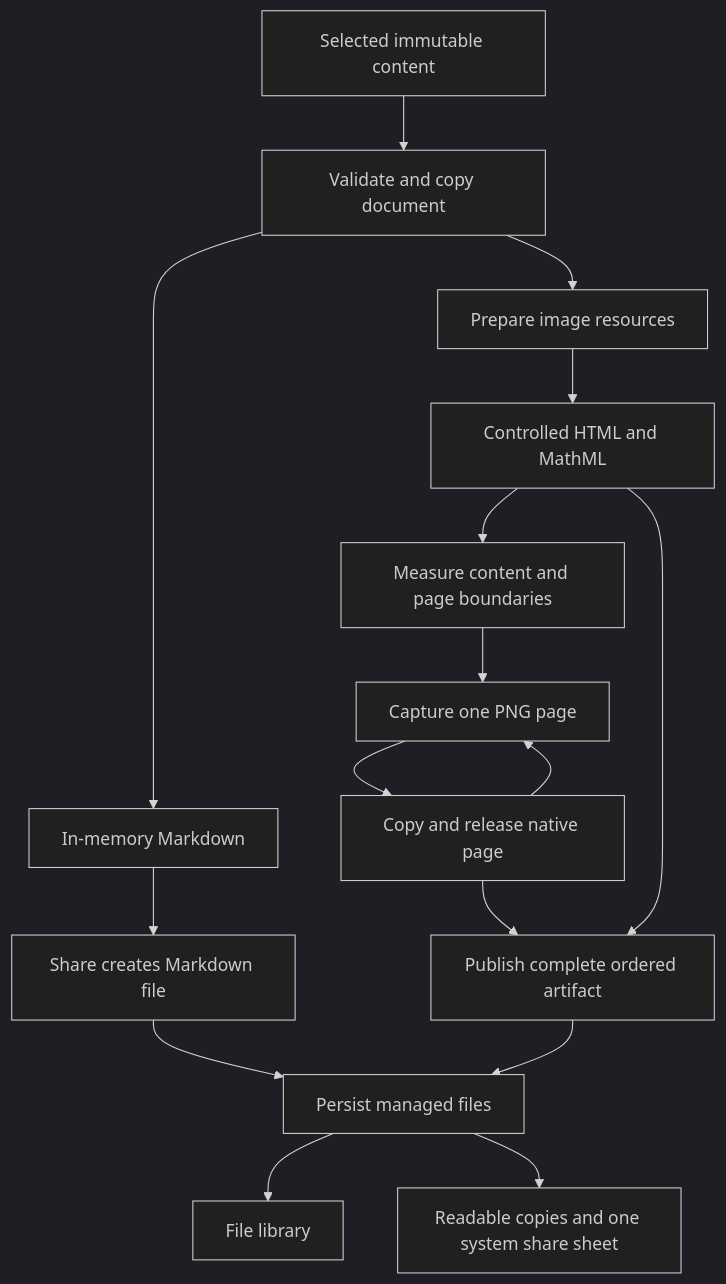
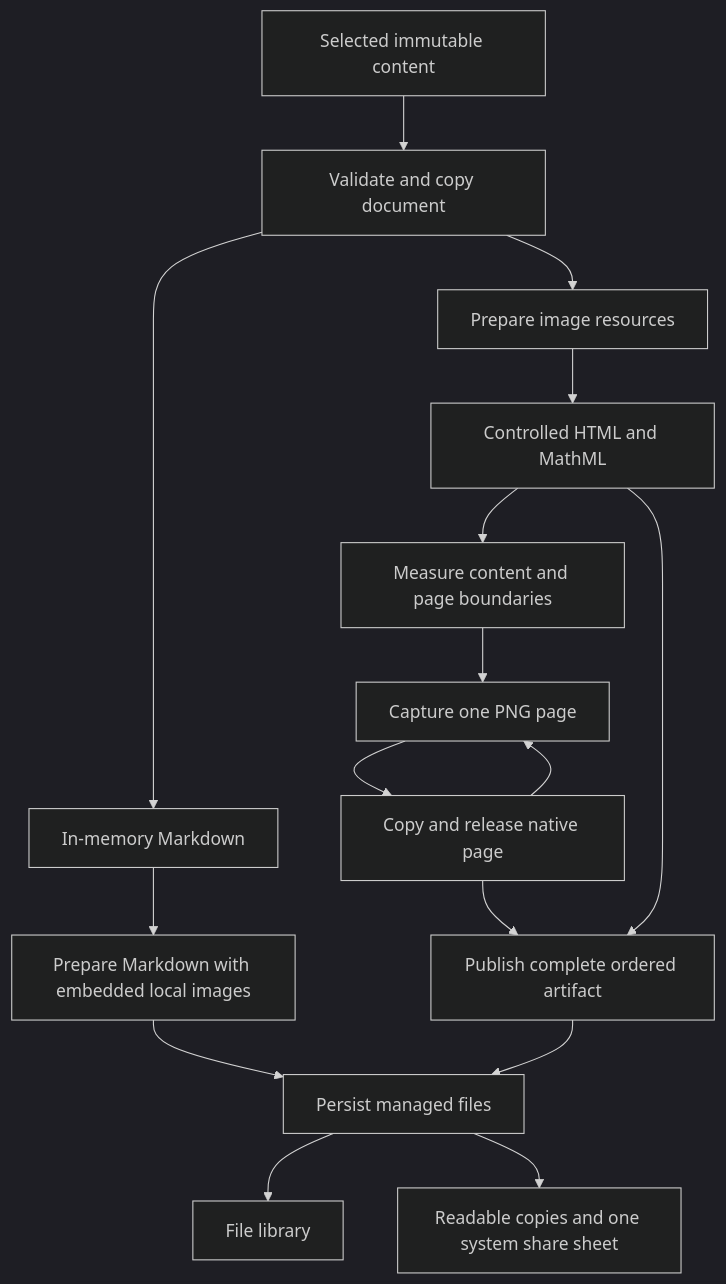
Before and after one commit to laochenfei233/cherry-studio-app: the diagram in docs/references/document-export.md, drawn with Mermaid (dark theme). The commit also changed other lines of this file and 39 other files, not shown here.

First line of the commit message:
feat(document-export): align share layouts and embed Markdown images (#1042)

````diff
--- a/docs/references/document-export.md
+++ b/docs/references/document-export.md
@@ -29,18 +29,18 @@
 ```mermaid
 flowchart TD
     Source[Selected immutable content] --> Normalize[Validate and copy document]
     Normalize --> Markdown[In-memory Markdown]
     Normalize --> Resources[Prepare image resources]
     Resources --> HTML[Controlled HTML and MathML]
     HTML --> Layout[Measure content and page boundaries]
     Layout --> Capture[Capture one PNG page]
     Capture --> Copy[Copy and release native page]
     Copy --> Capture
     Copy --> Artifact[Publish complete ordered artifact]
     HTML --> Artifact
-    Markdown --> Materialize[Share creates Markdown file]
+    Markdown --> Materialize[Prepare Markdown with embedded local images]
     Materialize --> Save[Persist managed files]
     Artifact --> Save
     Save --> Library[File library]
     Save --> Delivery[Readable copies and one system share sheet]
 ```
````
